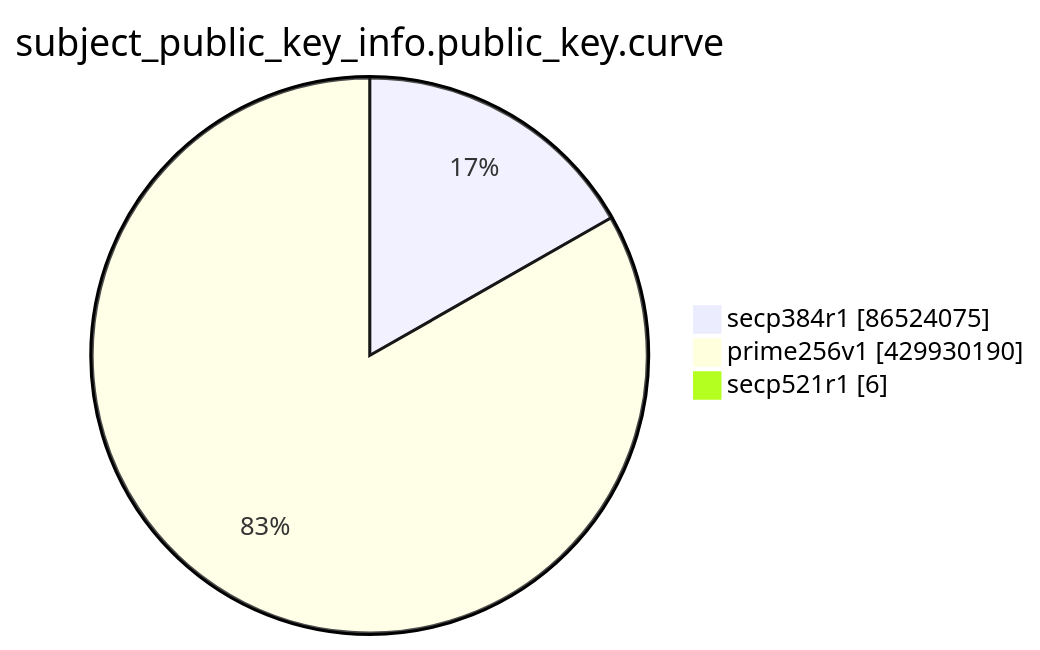
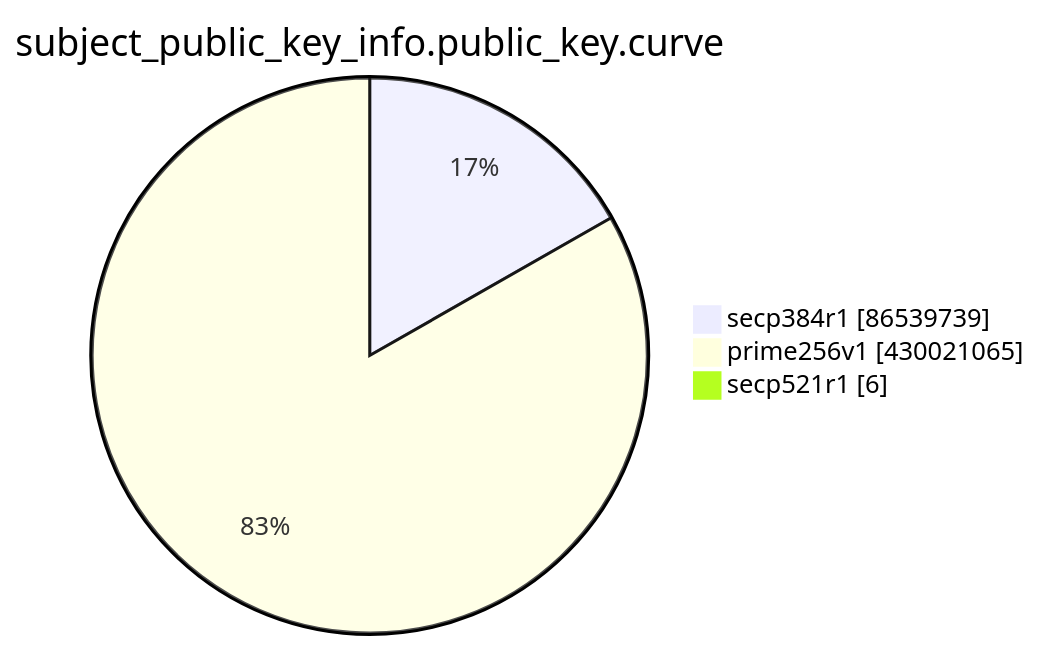
Before and after one commit to christiankrug/ctmonitor_visualization: the eighth of 15 diagrams in TOTAL/README.md, drawn with Mermaid. The commit also changed other lines of this file, not shown here.

````diff
--- a/TOTAL/README.md
+++ b/TOTAL/README.md
@@ -3100,7 +3100,7 @@
 ```mermaid
 pie showData
 title subject_public_key_info.public_key.curve
-"secp384r1" :86524075
-"prime256v1" :429930190
+"secp384r1" :86539739
+"prime256v1" :430021065
 "secp521r1" :6
 ```
````
